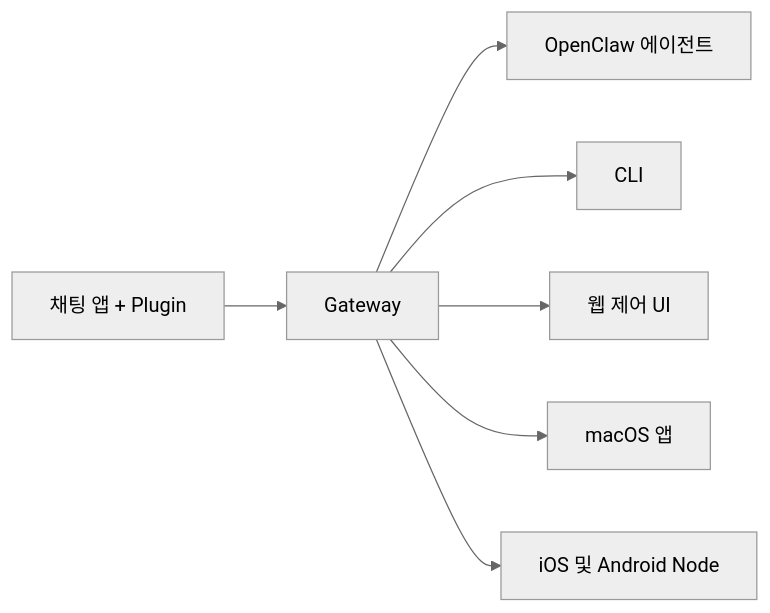
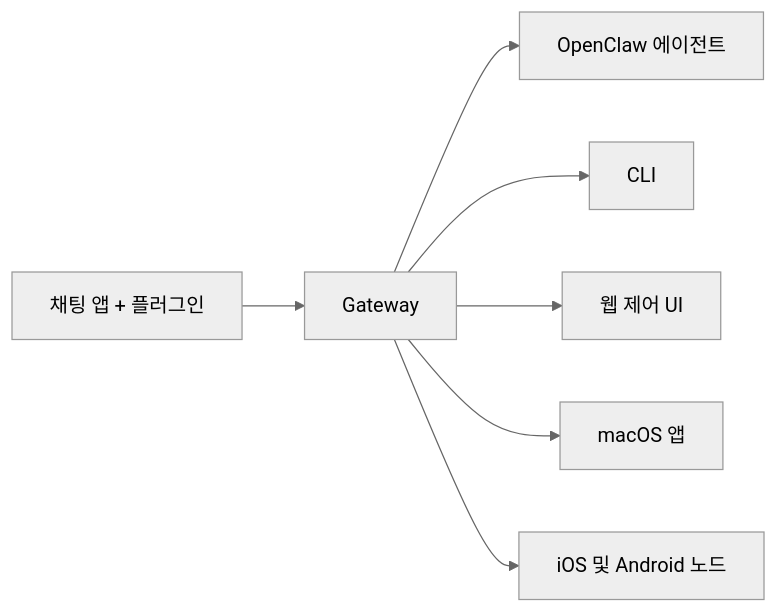
Before and after one commit to openclaw/docs: the diagram in docs/ko/index.md, drawn with Mermaid (neutral theme). The commit also changed other lines of this file and 11240 other files, not shown here.

````diff
--- a/docs/ko/index.md
+++ b/docs/ko/index.md
@@ -114,9 +113,9 @@
 ```mermaid
 flowchart LR
-  A["채팅 앱 + Plugin"] --> B["Gateway"]
+  A["채팅 앱 + 플러그인"] --> B["Gateway"]
   B --> C["OpenClaw 에이전트"]
   B --> D["CLI"]
   B --> E["웹 제어 UI"]
   B --> F["macOS 앱"]
-  B --> G["iOS 및 Android Node"]
+  B --> G["iOS 및 Android 노드"]
 ```
````
